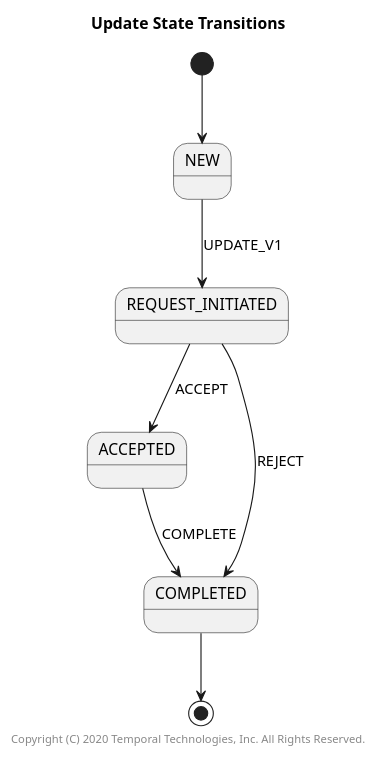
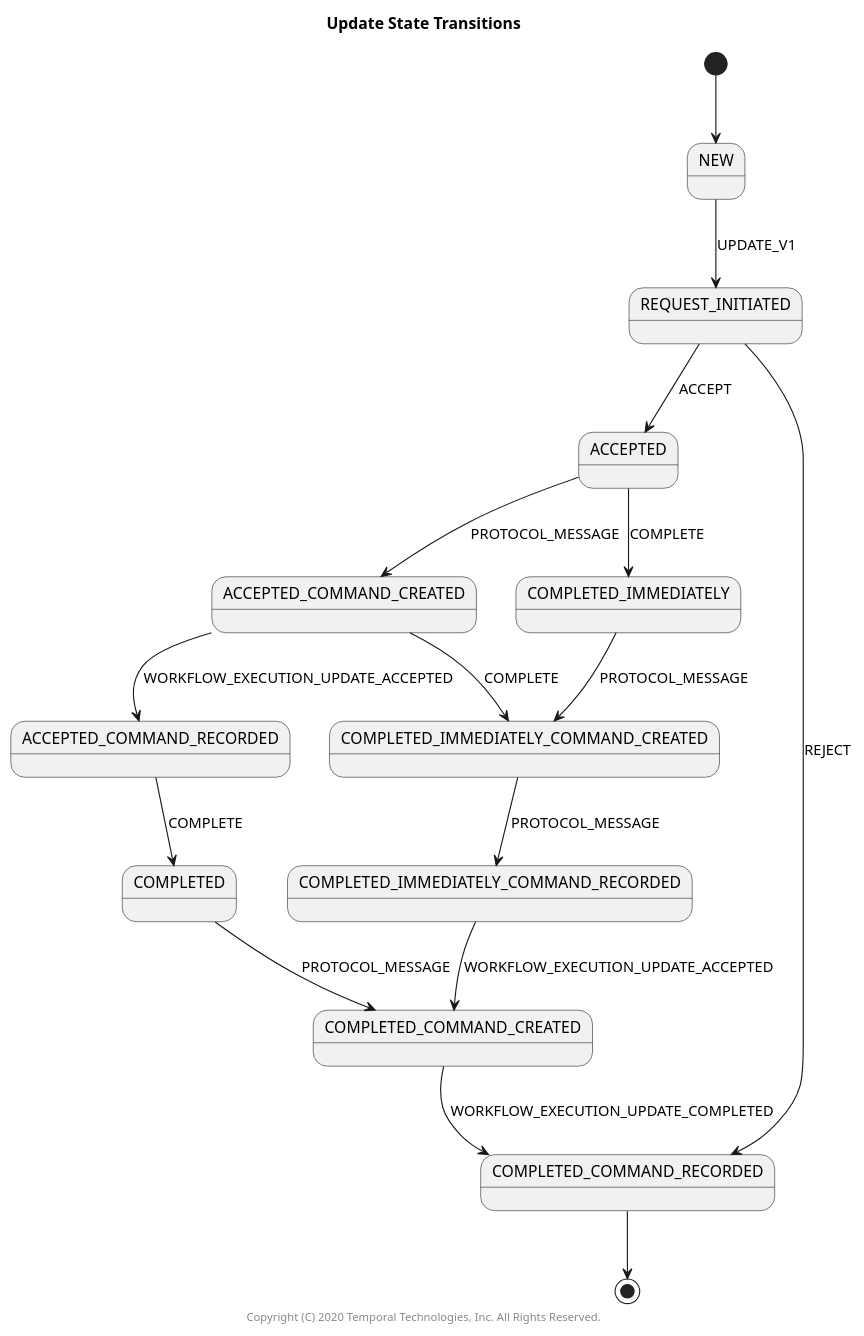
One commit to temporalio/sdk-java changed the diagram in temporal-sdk/src/main/java/io/temporal/internal/statemachines/UpdateProtocolStateMachine.puml. Above: the diagram before and after it, drawn with PlantUML. The commit also changed 5 other files, not shown here.

```diff
--- a/temporal-sdk/src/main/java/io/temporal/internal/statemachines/UpdateProtocolStateMachine.puml
+++ b/temporal-sdk/src/main/java/io/temporal/internal/statemachines/UpdateProtocolStateMachine.puml
@@ -24,11 +24,20 @@
 @startuml
 title Update State Transitions
 
 [*] --> NEW
-ACCEPTED --> COMPLETED: COMPLETE
+ACCEPTED --> ACCEPTED_COMMAND_CREATED: PROTOCOL_MESSAGE
+ACCEPTED --> COMPLETED_IMMEDIATELY: COMPLETE
+ACCEPTED_COMMAND_CREATED --> ACCEPTED_COMMAND_RECORDED: WORKFLOW_EXECUTION_UPDATE_ACCEPTED
+ACCEPTED_COMMAND_CREATED --> COMPLETED_IMMEDIATELY_COMMAND_CREATED: COMPLETE
+ACCEPTED_COMMAND_RECORDED --> COMPLETED: COMPLETE
+COMPLETED --> COMPLETED_COMMAND_CREATED: PROTOCOL_MESSAGE
+COMPLETED_COMMAND_CREATED --> COMPLETED_COMMAND_RECORDED: WORKFLOW_EXECUTION_UPDATE_COMPLETED
+COMPLETED_IMMEDIATELY --> COMPLETED_IMMEDIATELY_COMMAND_CREATED: PROTOCOL_MESSAGE
+COMPLETED_IMMEDIATELY_COMMAND_CREATED --> COMPLETED_IMMEDIATELY_COMMAND_RECORDED: PROTOCOL_MESSAGE
+COMPLETED_IMMEDIATELY_COMMAND_RECORDED --> COMPLETED_COMMAND_CREATED: WORKFLOW_EXECUTION_UPDATE_ACCEPTED
 NEW --> REQUEST_INITIATED: UPDATE_V1
 REQUEST_INITIATED --> ACCEPTED: ACCEPT
-REQUEST_INITIATED --> COMPLETED: REJECT
-COMPLETED --> [*]
+REQUEST_INITIATED --> COMPLETED_COMMAND_RECORDED: REJECT
+COMPLETED_COMMAND_RECORDED --> [*]
 center footer Copyright (C) 2020 Temporal Technologies, Inc. All Rights Reserved.
 @enduml
```
